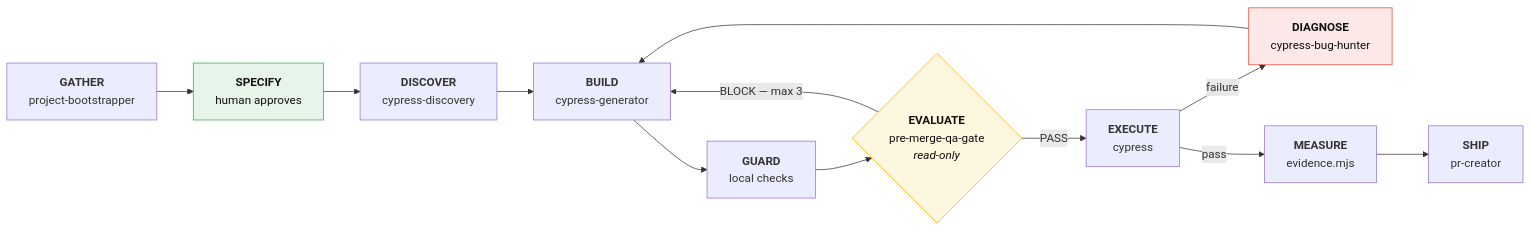
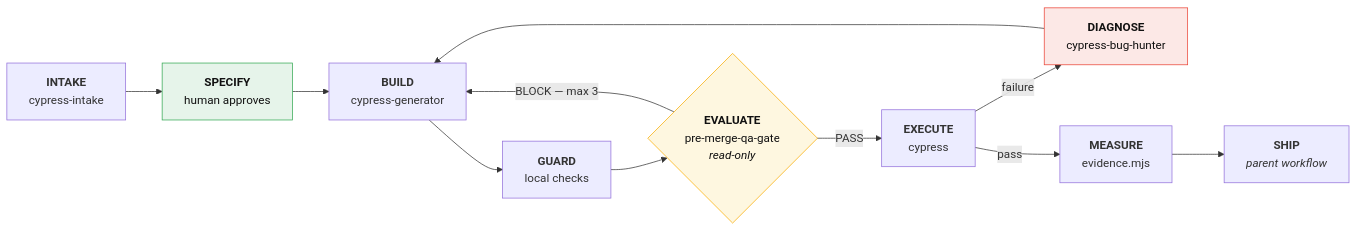
Before and after one commit to lfyagya/AI-Agentic-Test-Development: the fifth of 6 diagrams in docs/START-HERE.md, drawn with Mermaid. The commit also changed other lines of this file and 11 other files, not shown here.

````diff
--- a/docs/START-HERE.md
+++ b/docs/START-HERE.md
@@ -320,18 +320,17 @@
 ```mermaid
 flowchart LR
-    G["<b>GATHER</b><br/>project-bootstrapper"] --> S["<b>SPECIFY</b><br/>human approves"]
-    S --> D["<b>DISCOVER</b><br/>cypress-discovery"]
-    D --> B["<b>BUILD</b><br/>cypress-generator"]
+    G["<b>INTAKE</b><br/>cypress-intake"] --> S["<b>SPECIFY</b><br/>human approves"]
+    S --> B["<b>BUILD</b><br/>cypress-generator"]
     B --> GU["<b>GUARD</b><br/>local checks"]
     GU --> E{"<b>EVALUATE</b><br/>pre-merge-qa-gate<br/><i>read-only</i>"}
     E -- "BLOCK — max 3" --> B
     E -- PASS --> X["<b>EXECUTE</b><br/>cypress"]
     X -- failure --> DI["<b>DIAGNOSE</b><br/>cypress-bug-hunter"]
     DI --> B
     X -- pass --> M["<b>MEASURE</b><br/>evidence.mjs"]
-    M --> SH["<b>SHIP</b><br/>pr-creator"]
+    M --> SH["<b>SHIP</b><br/><i>parent workflow</i>"]
 
     style S fill:#e6f4ea,stroke:#34a853,color:#111
     style E fill:#fef7e0,stroke:#f9ab00,color:#111
     style DI fill:#fce8e6,stroke:#ea4335,color:#111
 ```
````
